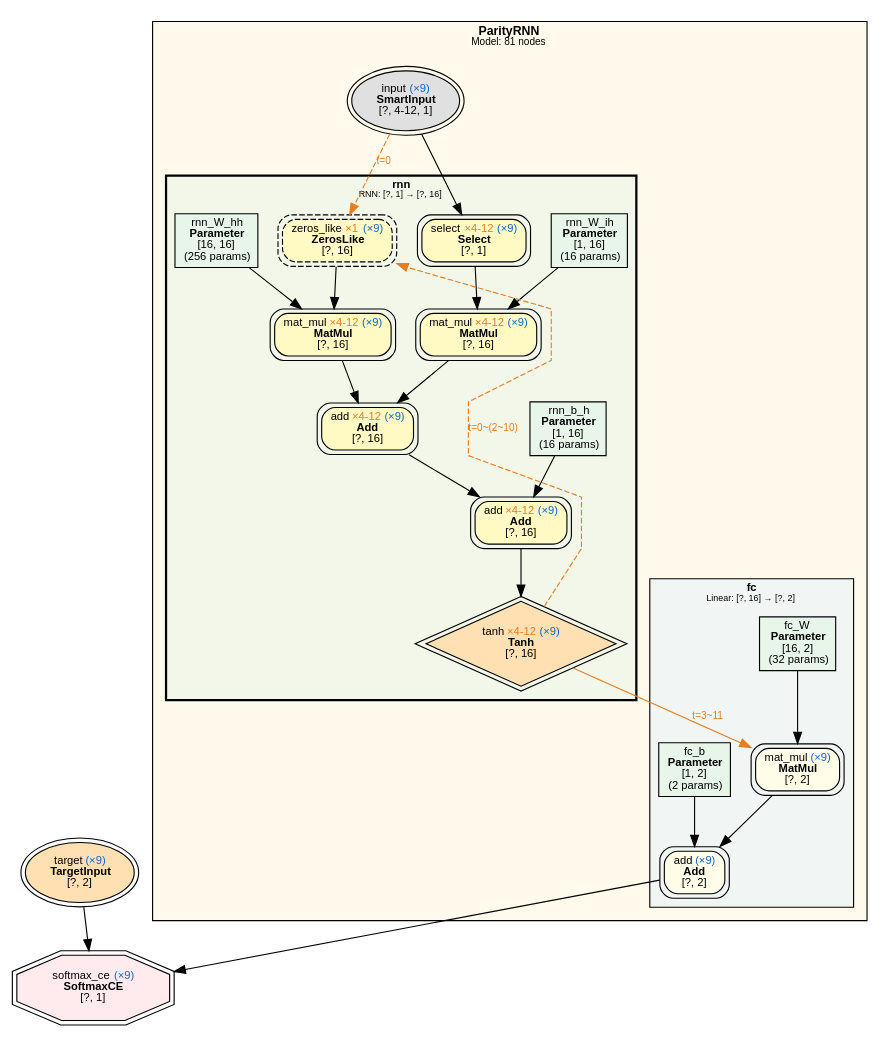
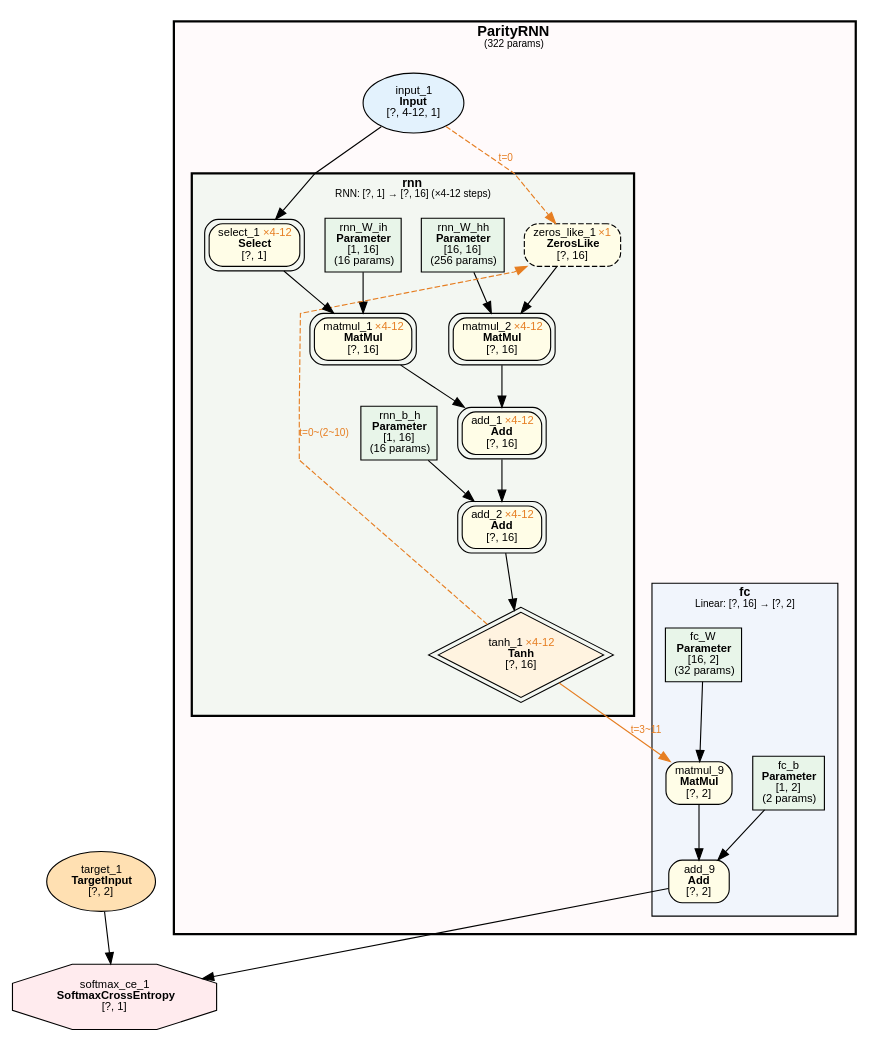
One commit to dbsxdbsx/only_torch changed the diagram in examples/parity_rnn_var_len/parity_rnn_var_len.dot. Above: the diagram before and after it, drawn with Graphviz. The commit also changed 8 other files, not shown here.

First line of the commit message:
feat(viz): RNN 可视化折叠 + 动态图时间步标注

```diff
--- a/examples/parity_rnn_var_len/parity_rnn_var_len.dot
+++ b/examples/parity_rnn_var_len/parity_rnn_var_len.dot
@@ -1,71 +1,74 @@
-digraph Model {
+digraph ComputeGraph {
     rankdir=TB;
     newrank=true;
     splines=polyline;
     node [fontname="Microsoft YaHei,SimHei,Arial"];
     edge [fontname="Microsoft YaHei,SimHei,Arial"];
 
-    subgraph cluster_ParityRNN {
-        label=<<B>ParityRNN</B><BR/><FONT POINT-SIZE="9">Model: 81 nodes</FONT>>;
-        style=filled;
-        fillcolor="#FFECB340";
+    subgraph cluster_model_ParityRNN {
+        label=<<B>ParityRNN</B><BR/><FONT POINT-SIZE="9">(322 params)</FONT>>;
+        style="filled,bold";
+        fillcolor="#FFEBEE40";
         fontname="Microsoft YaHei,SimHei,Arial";
-        fontsize=11;
-        margin=12;
+        fontsize=13;
+        margin=16;
+
         subgraph cluster_ParityRNN_fc {
-            label=<<B>fc</B><BR/><FONT POINT-SIZE="8">Linear: [?, 16] → [?, 2]</FONT>>;
+            label=<<B>fc</B><BR/><FONT POINT-SIZE="9">Linear: [?, 16] → [?, 2]</FONT>>;
             style=filled;
             fillcolor="#E3F2FD80";
             fontname="Microsoft YaHei,SimHei,Arial";
-            fontsize=10;
-            margin=8;
-            "4" [label=<fc_W<BR/><B>Parameter</B><BR/>[16, 2]<BR/>(32 params)> shape=box style=filled fillcolor="#E8F5E9" fontsize=10];
-            "5" [label=<fc_b<BR/><B>Parameter</B><BR/>[1, 2]<BR/>(2 params)> shape=box style=filled fillcolor="#E8F5E9" fontsize=10];
-            "488" [label=<mat_mul <FONT COLOR="#1565C0">(×9)</FONT><BR/><B>MatMul</B><BR/>[?, 2]> shape=box style="filled,rounded" fillcolor="#FFFDE7" peripheries=2 fontsize=10];
-            "489" [label=<add <FONT COLOR="#1565C0">(×9)</FONT><BR/><B>Add</B><BR/>[?, 2]> shape=box style="filled,rounded" fillcolor="#FFFDE7" peripheries=2 fontsize=10];
+            fontsize=11;
+            margin=12;
+                "11625" [label=<add_9<BR/><B>Add</B><BR/>[?, 2]> shape=box style="filled,rounded" fillcolor="#FFFDE7" fontsize=10];
+                "11624" [label=<matmul_9<BR/><B>MatMul</B><BR/>[?, 2]> shape=box style="filled,rounded" fillcolor="#FFFDE7" fontsize=10];
+                "5" [label=<fc_b<BR/><B>Parameter</B><BR/>[1, 2]<BR/>(2 params)> shape=box style=filled fillcolor="#E8F5E9" fontsize=10];
+                "4" [label=<fc_W<BR/><B>Parameter</B><BR/>[16, 2]<BR/>(32 params)> shape=box style=filled fillcolor="#E8F5E9" fontsize=10];
         }
+
         subgraph cluster_ParityRNN_rnn {
-            label=<<B>rnn</B><BR/><FONT POINT-SIZE="8">RNN: [?, 1] → [?, 16]</FONT>>;
+            label=<<B>rnn</B><BR/><FONT POINT-SIZE="9">RNN: [?, 1] → [?, 16] (×4-12 steps)</FONT>>;
             style="filled,bold";
             peripheries=3;
             penwidth=2;
             fillcolor="#E8F5E980";
             fontname="Microsoft YaHei,SimHei,Arial";
-            fontsize=10;
-            margin=8;
+            fontsize=11;
+            margin=12;
+            "3" [label=<rnn_b_h<BR/><B>Parameter</B><BR/>[1, 16]<BR/>(16 params)> shape=box style=filled fillcolor="#E8F5E9" fontsize=10];
             "1" [label=<rnn_W_ih<BR/><B>Parameter</B><BR/>[1, 16]<BR/>(16 params)> shape=box style=filled fillcolor="#E8F5E9" fontsize=10];
             "2" [label=<rnn_W_hh<BR/><B>Parameter</B><BR/>[16, 16]<BR/>(256 params)> shape=box style=filled fillcolor="#E8F5E9" fontsize=10];
-            "3" [label=<rnn_b_h<BR/><B>Parameter</B><BR/>[1, 16]<BR/>(16 params)> shape=box style=filled fillcolor="#E8F5E9" fontsize=10];
-            "415" [label=<zeros_like <FONT COLOR="#E67E22">×1</FONT> <FONT COLOR="#1565C0">(×9)</FONT><BR/><B>ZerosLike</B><BR/>[?, 16]> shape=box style="filled,rounded,dashed" fillcolor="#FFF9C4" peripheries=2 fontsize=10];
-            "416" [label=<select <FONT COLOR="#E67E22">×4-12</FONT> <FONT COLOR="#1565C0">(×9)</FONT><BR/><B>Select</B><BR/>[?, 1]> shape=box style="filled,rounded" fillcolor="#FFF9C4" peripheries=2 fontsize=10];
-            "417" [label=<mat_mul <FONT COLOR="#E67E22">×4-12</FONT> <FONT COLOR="#1565C0">(×9)</FONT><BR/><B>MatMul</B><BR/>[?, 16]> shape=box style="filled,rounded" fillcolor="#FFF9C4" peripheries=2 fontsize=10];
-            "418" [label=<mat_mul <FONT COLOR="#E67E22">×4-12</FONT> <FONT COLOR="#1565C0">(×9)</FONT><BR/><B>MatMul</B><BR/>[?, 16]> shape=box style="filled,rounded" fillcolor="#FFF9C4" peripheries=2 fontsize=10];
-            "419" [label=<add <FONT COLOR="#E67E22">×4-12</FONT> <FONT COLOR="#1565C0">(×9)</FONT><BR/><B>Add</B><BR/>[?, 16]> shape=box style="filled,rounded" fillcolor="#FFF9C4" peripheries=2 fontsize=10];
-            "420" [label=<add <FONT COLOR="#E67E22">×4-12</FONT> <FONT COLOR="#1565C0">(×9)</FONT><BR/><B>Add</B><BR/>[?, 16]> shape=box style="filled,rounded" fillcolor="#FFF9C4" peripheries=2 fontsize=10];
-            "421" [label=<tanh <FONT COLOR="#E67E22">×4-12</FONT> <FONT COLOR="#1565C0">(×9)</FONT><BR/><B>Tanh</B><BR/>[?, 16]> shape=diamond style=filled fillcolor="#FFE0B2" peripheries=2 fontsize=10];
+            "11605" [label=<tanh_1 <FONT COLOR="#E67E22">×4-12</FONT><BR/><B>Tanh</B><BR/>[?, 16]> shape=diamond style=filled fillcolor="#FFF3E0" fontsize=10 peripheries=2];
+            "11604" [label=<add_2 <FONT COLOR="#E67E22">×4-12</FONT><BR/><B>Add</B><BR/>[?, 16]> shape=box style="filled,rounded" fillcolor="#FFFDE7" fontsize=10 peripheries=2];
+            "11603" [label=<add_1 <FONT COLOR="#E67E22">×4-12</FONT><BR/><B>Add</B><BR/>[?, 16]> shape=box style="filled,rounded" fillcolor="#FFFDE7" fontsize=10 peripheries=2];
+            "11601" [label=<matmul_1 <FONT COLOR="#E67E22">×4-12</FONT><BR/><B>MatMul</B><BR/>[?, 16]> shape=box style="filled,rounded" fillcolor="#FFFDE7" fontsize=10 peripheries=2];
+            "11602" [label=<matmul_2 <FONT COLOR="#E67E22">×4-12</FONT><BR/><B>MatMul</B><BR/>[?, 16]> shape=box style="filled,rounded" fillcolor="#FFFDE7" fontsize=10 peripheries=2];
+            "11600" [label=<select_1 <FONT COLOR="#E67E22">×4-12</FONT><BR/><B>Select</B><BR/>[?, 1]> shape=box style="filled,rounded" fillcolor="#FFFDE7" fontsize=10 peripheries=2];
+            "11599" [label=<zeros_like_1 <FONT COLOR="#E67E22">×1</FONT><BR/><B>ZerosLike</B><BR/>[?, 16]> shape=box style="filled,rounded,dashed" fillcolor="#FFFDE7" fontsize=10];
         }
-            "414" [label=<input <FONT COLOR="#1565C0">(×9)</FONT><BR/><B>SmartInput</B><BR/>[?, 4-12, 1]> shape=ellipse style=filled fillcolor="#E0E0E0" peripheries=2 fontsize=10];
+
+        "11598" [label=<input_1<BR/><B>Input</B><BR/>[?, 4-12, 1]> shape=ellipse style=filled fillcolor="#E3F2FD" fontsize=10];
     }
 
-    "490" [label=<target <FONT COLOR="#1565C0">(×9)</FONT><BR/><B>TargetInput</B><BR/>[?, 2]> shape=ellipse style=filled fillcolor="#FFE0B2" peripheries=2 fontsize=10];
-    "491" [label=<softmax_ce <FONT COLOR="#1565C0">(×9)</FONT><BR/><B>SoftmaxCE</B><BR/>[?, 1]> shape=octagon style=filled fillcolor="#FFEBEE" peripheries=2 fontsize=10];
+    "11627" [label=<softmax_ce_1<BR/><B>SoftmaxCrossEntropy</B><BR/>[?, 1]> shape=octagon style=filled fillcolor="#FFEBEE" fontsize=10];
+    "11626" [label=<target_1<BR/><B>TargetInput</B><BR/>[?, 2]> shape=ellipse style=filled fillcolor="#FFE0B2" fontsize=10];
 
-    "414" -> "416";
-    "416" -> "417";
-    "1" -> "417";
-    "415" -> "418";
-    "2" -> "418";
-    "417" -> "419";
-    "418" -> "419";
-    "419" -> "420";
-    "3" -> "420";
-    "420" -> "421";
-    "421" -> "488" [color="#E67E22" label=<t=3~11> fontcolor="#E67E22" fontsize=9];
-    "4" -> "488";
-    "488" -> "489";
-    "5" -> "489";
-    "489" -> "491";
-    "490" -> "491";
-    "414" -> "415" [style=dashed color="#E67E22" label=<t=0> fontcolor="#E67E22" fontsize=9];
-    "421" -> "415" [style=dashed color="#E67E22" label=<t=0~(2~10)> fontcolor="#E67E22" fontsize=9 constraint=false];
+    "11625" -> "11627";
+    "11626" -> "11627";
+    "11624" -> "11625";
+    "5" -> "11625";
+    "11605" -> "11624" [color="#E67E22" label=<t=3~11> fontcolor="#E67E22" fontsize=9];
+    "4" -> "11624";
+    "11604" -> "11605";
+    "11603" -> "11604";
+    "3" -> "11604";
+    "11601" -> "11603";
+    "11602" -> "11603";
+    "11600" -> "11601";
+    "1" -> "11601";
+    "11599" -> "11602";
+    "2" -> "11602";
+    "11598" -> "11600";
+    "11598" -> "11599" [style=dashed color="#E67E22" label=<t=0> fontcolor="#E67E22" fontsize=9];
+    "11605" -> "11599" [style=dashed color="#E67E22" label=<t=0~(2~10)> fontcolor="#E67E22" fontsize=9 constraint=false];
 }
```
